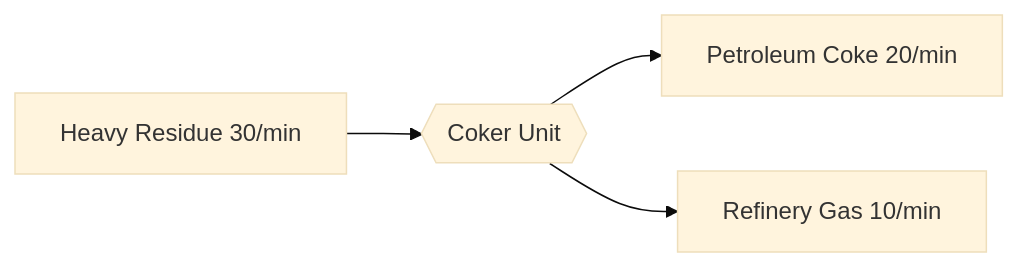
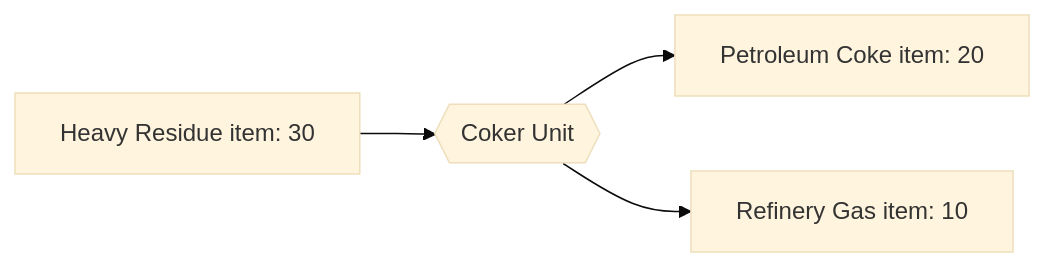
Before and after one commit to MelancholyRadiance/RazFractionalDistillation: the diagram in Docs_RazFractionalDistillation/Recipes/Fuels/02-Petroleum-Coke.md, drawn with Mermaid (base theme). The commit also changed 1 other file, not shown here.

Commit message:
change over to absolute value rather than rate

````diff
--- a/Docs_RazFractionalDistillation/Recipes/Fuels/02-Petroleum-Coke.md
+++ b/Docs_RazFractionalDistillation/Recipes/Fuels/02-Petroleum-Coke.md
@@ -23,6 +23,6 @@
 ```mermaid
 flowchart LR
-    HR[Heavy Residue 30/min] --> M{{Coker Unit}}
-    M --> COKE[Petroleum Coke 20/min]
-    M --> RG[Refinery Gas 10/min]
+    HR[Heavy Residue item: 30] --> M{{Coker Unit}}
+    M --> COKE[Petroleum Coke item: 20]
+    M --> RG[Refinery Gas item: 10]
 ```
````
